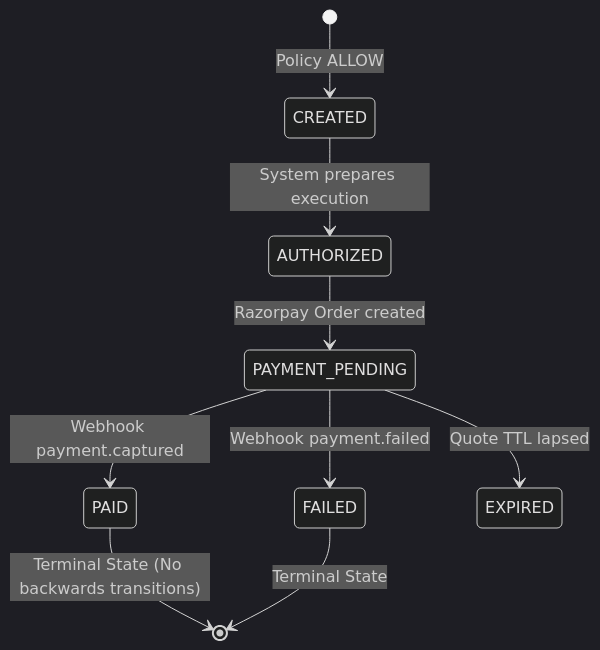
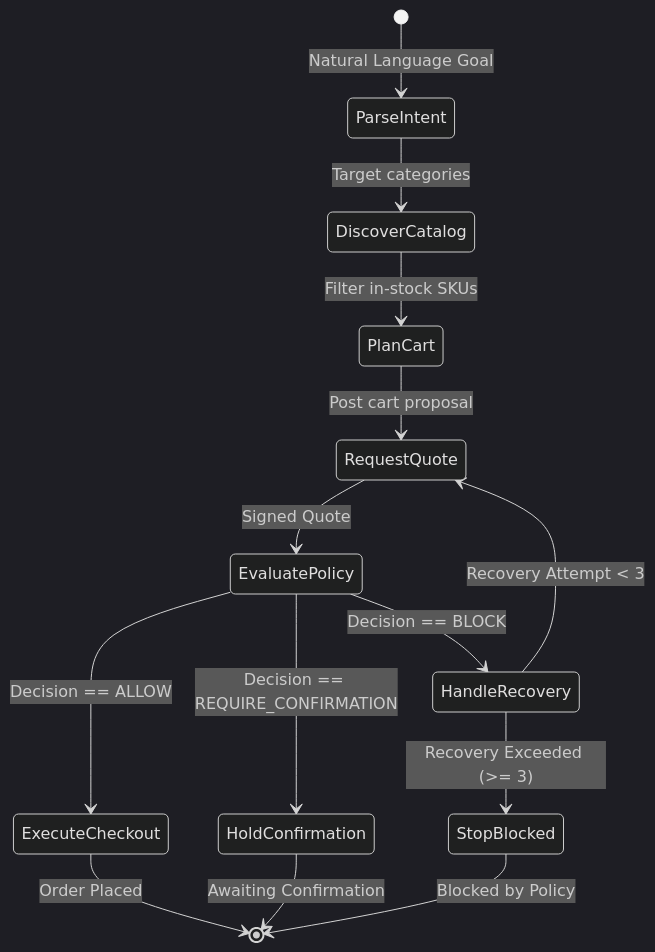
The diagram in docs/architecture.md (Praneetshukla/AgentPay), drawn with Mermaid (dark theme) before and after one commit. The commit also changed other lines of this file and 11 other files, not shown here.

````diff
--- a/docs/architecture.md
+++ b/docs/architecture.md
@@ -82,11 +69,19 @@
 ```mermaid
 stateDiagram-v2
-    [*] --> CREATED: Policy ALLOW
-    CREATED --> AUTHORIZED: System prepares execution
-    AUTHORIZED --> PAYMENT_PENDING: Razorpay Order created
-    PAYMENT_PENDING --> PAID: Webhook payment.captured
-    PAYMENT_PENDING --> FAILED: Webhook payment.failed
-    PAYMENT_PENDING --> EXPIRED: Quote TTL lapsed
-    PAID --> [*]: Terminal State (No backwards transitions)
-    FAILED --> [*]: Terminal State
+    [*] --> ParseIntent: Natural Language Goal
+    ParseIntent --> DiscoverCatalog: Target categories
+    DiscoverCatalog --> PlanCart: Filter in-stock SKUs
+    PlanCart --> RequestQuote: Post cart proposal
+    RequestQuote --> EvaluatePolicy: Signed Quote
+    
+    EvaluatePolicy --> ExecuteCheckout: Decision == ALLOW
+    EvaluatePolicy --> HoldConfirmation: Decision == REQUIRE_CONFIRMATION
+    EvaluatePolicy --> HandleRecovery: Decision == BLOCK
+    
+    HandleRecovery --> RequestQuote: Recovery Attempt < 3
+    HandleRecovery --> StopBlocked: Recovery Exceeded (>= 3)
+    
+    ExecuteCheckout --> [*]: Order Placed
+    HoldConfirmation --> [*]: Awaiting Confirmation
+    StopBlocked --> [*]: Blocked by Policy
 ```
````
